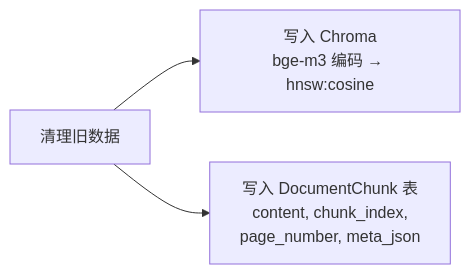
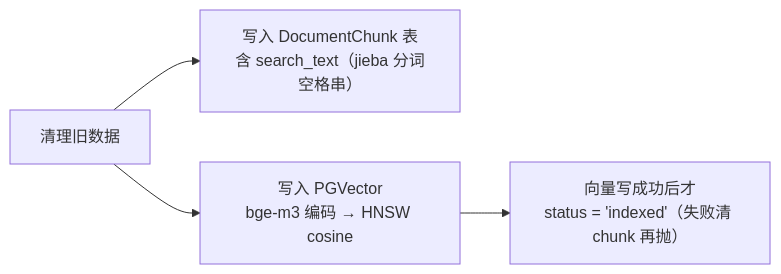
One commit to zqc1661586344/zz-demand-system changed the second of 6 diagrams in docs/RAG.md. Above: the diagram before and after it, drawn with Mermaid. The commit also changed other lines of this file, not shown here.

Commit message:
修改rag流程图

````diff
--- a/docs/RAG.md
+++ b/docs/RAG.md
@@ -130,5 +126,6 @@
 ```mermaid
 flowchart LR
-    Clean["清理旧数据"] --> ChromaWrite["写入 Chroma<br/>bge-m3 编码 → hnsw:cosine"]
-    Clean --> ChunkWrite["写入 DocumentChunk 表<br/>content, chunk_index,<br/>page_number, meta_json"]
+    Clean["清理旧数据"] --> ChunkWrite["写入 DocumentChunk 表<br/>含 search_text（jieba 分词空格串）"]
+    Clean --> PGVectorWrite["写入 PGVector<br/>bge-m3 编码 → HNSW cosine"]
+    PGVectorWrite --> StatusIndexed["向量写成功后才<br/>status = 'indexed'（失败清 chunk 再抛）"]
 ```
````
